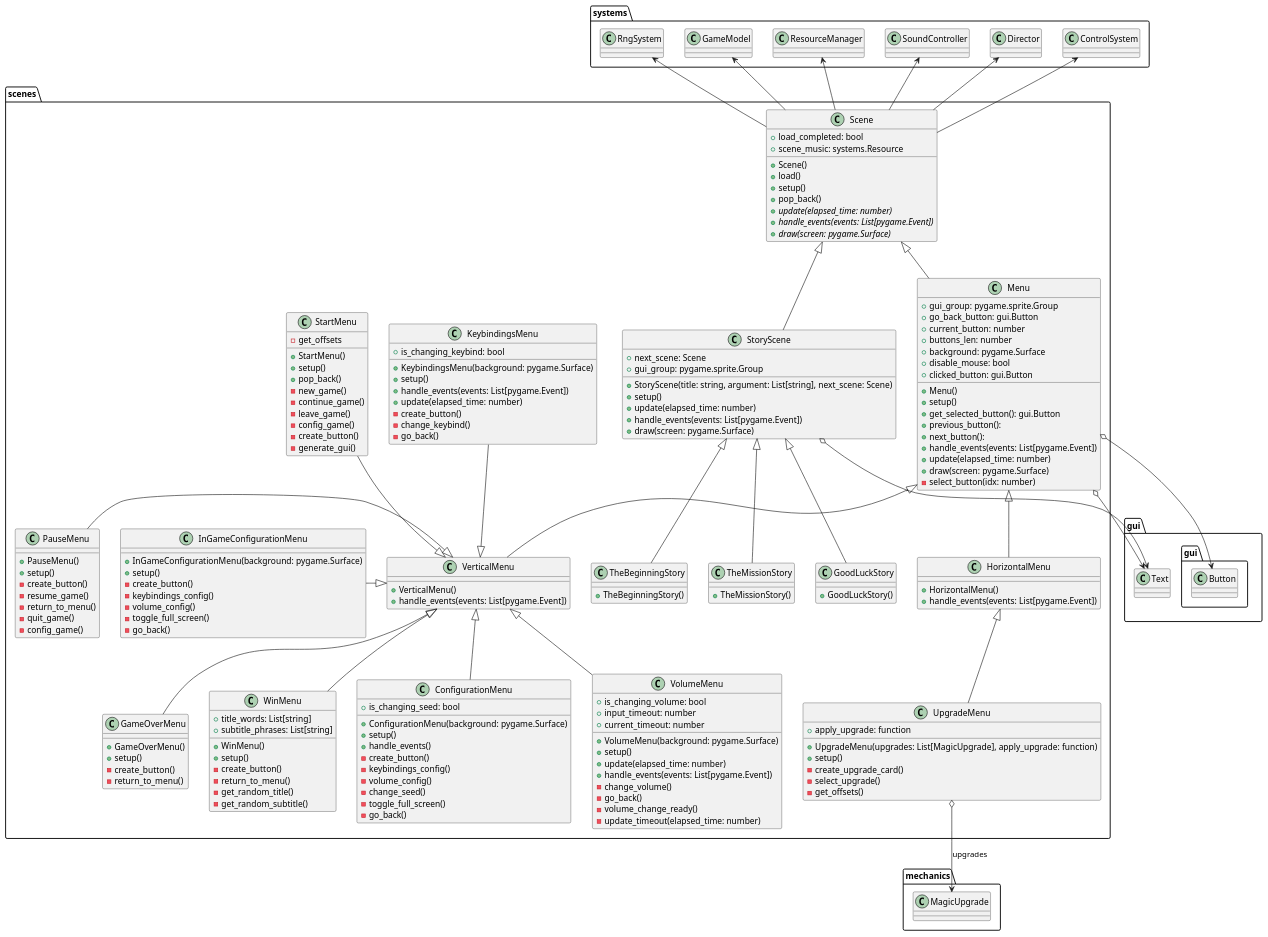
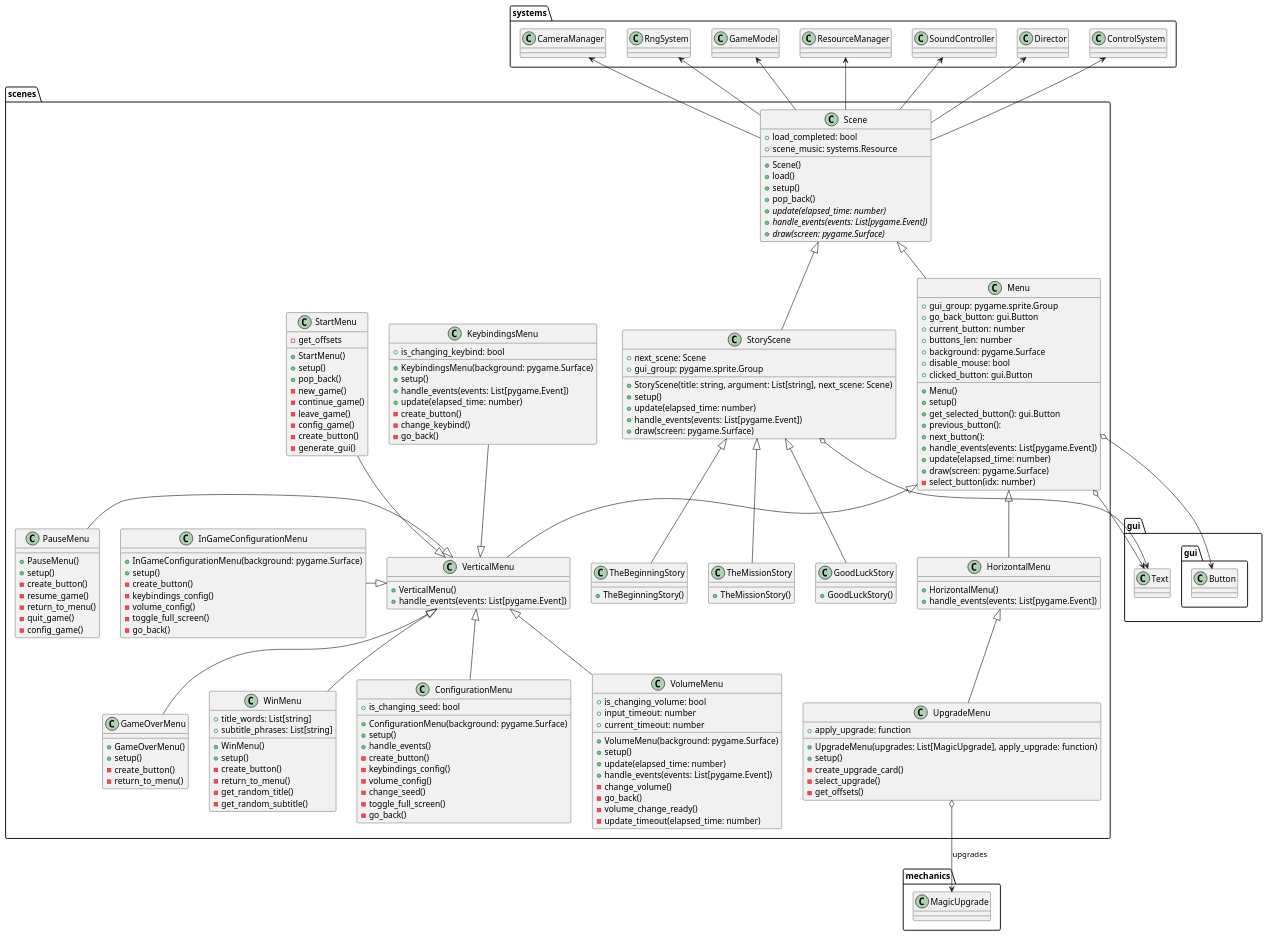
The diagram in docs/diagrams/menus.pu (daavidrgz/galactic-gambit), drawn with PlantUML before and after one commit. The commit also changed 2 other files, not shown here.

```diff
--- a/docs/diagrams/menus.pu
+++ b/docs/diagrams/menus.pu
@@ -1,194 +1,195 @@
 @startuml menus
 
 class scenes.Scene {
 	+ load_completed: bool
 	+ scene_music: systems.Resource
 
 	+ Scene()
 	+ load()
 	+ setup()
 	+ pop_back()
 	{abstract} + update(elapsed_time: number)
 	{abstract} + handle_events(events: List[pygame.Event])
 	{abstract} + draw(screen: pygame.Surface)
 }
 
 class scenes.Menu extends scenes.Scene {
 	+ gui_group: pygame.sprite.Group
 	+ go_back_button: gui.Button
 	+ current_button: number
 	+ buttons_len: number
 	+ background: pygame.Surface
 	+ disable_mouse: bool
 	+ clicked_button: gui.Button
 
 	+ Menu()
 	+ setup()
 	+ get_selected_button(): gui.Button
 	+ previous_button():
 	+ next_button():
 	+ handle_events(events: List[pygame.Event])
 	+ update(elapsed_time: number)
 	+ draw(screen: pygame.Surface)
 	- select_button(idx: number)
 }
 
 class scenes.VerticalMenu extends scenes.Menu {
 	+ VerticalMenu()
 	+ handle_events(events: List[pygame.Event])
 }
 
 class scenes.HorizontalMenu extends scenes.Menu {
 	+ HorizontalMenu()
 	+ handle_events(events: List[pygame.Event])
 }
 
 class scenes.StartMenu {
 	+ StartMenu()
 	+ setup()
 	+ pop_back()
 	- new_game()
 	- continue_game()
 	- leave_game()
 	- config_game()
 	- create_button()
 	- get_offsets
 	- generate_gui()
 }
 
 class scenes.ConfigurationMenu {
 	+ is_changing_seed: bool
 
 	+ ConfigurationMenu(background: pygame.Surface)
 	+ setup()
 	+ handle_events()
 	- create_button()
 	- keybindings_config()
 	- volume_config()
 	- change_seed()
 	- toggle_full_screen()
 	- go_back()
 }
 
 class scenes.VolumeMenu {
 	+ is_changing_volume: bool
 	+ input_timeout: number
 	+ current_timeout: number
 
 	+ VolumeMenu(background: pygame.Surface)
 	+ setup()
 	+ update(elapsed_time: number)
 	+ handle_events(events: List[pygame.Event])
 	- change_volume()
 	- go_back()
 	- volume_change_ready()
 	- update_timeout(elapsed_time: number)
 }
 
 class scenes.KeybindingsMenu {
 	+ is_changing_keybind: bool
 
 	+ KeybindingsMenu(background: pygame.Surface)
 	+ setup()
 	+ handle_events(events: List[pygame.Event])
 	+ update(elapsed_time: number)
 	- create_button()
 	- change_keybind()
 	- go_back()
 }
 
 class scenes.PauseMenu {
 	+ PauseMenu()
 	+ setup()
 	- create_button()
 	- resume_game()
 	- return_to_menu()
 	- quit_game()
 	- config_game()
 }
 
 class scenes.InGameConfigurationMenu {
 	+ InGameConfigurationMenu(background: pygame.Surface)
 	+ setup()
 	- create_button()
 	- keybindings_config()
 	- volume_config()
 	- toggle_full_screen()
 	- go_back()
 }
 
 class scenes.GameOverMenu {
 	+ GameOverMenu()
 	+ setup()
 	- create_button()
 	- return_to_menu()
 }
 
 class scenes.WinMenu {
 	+ title_words: List[string]
 	+ subtitle_phrases: List[string]
 	
 	+ WinMenu()
 	+ setup()
 	- create_button()
 	- return_to_menu()
 	- get_random_title()
 	- get_random_subtitle()
 }
 
 class scenes.UpgradeMenu extends scenes.HorizontalMenu {
 	+ apply_upgrade: function
 
 	+ UpgradeMenu(upgrades: List[MagicUpgrade], apply_upgrade: function)
 	+ setup()
 	- create_upgrade_card()
 	- select_upgrade()
 	- get_offsets()
 }
 
 class scenes.StoryScene extends scenes.Scene {
 	+ next_scene: Scene
 	+ gui_group: pygame.sprite.Group
 
 	+ StoryScene(title: string, argument: List[string], next_scene: Scene)
 	+ setup()
 	+ update(elapsed_time: number)
 	+ handle_events(events: List[pygame.Event])
 	+ draw(screen: pygame.Surface)
 }
 
 class scenes.TheBeginningStory extends scenes.StoryScene {
 	+ TheBeginningStory()
 }
 
 class scenes.TheMissionStory extends scenes.StoryScene {
 	+ TheMissionStory()
 }
 
 class scenes.GoodLuckStory extends scenes.StoryScene {
 	+ GoodLuckStory()
 }
 
 scenes.KeybindingsMenu -down-|> scenes.VerticalMenu
 scenes.StartMenu -down-|> scenes.VerticalMenu
 scenes.ConfigurationMenu -up-|> scenes.VerticalMenu
 scenes.VolumeMenu -up-|> scenes.VerticalMenu
 scenes.PauseMenu -right-|> scenes.VerticalMenu
 scenes.InGameConfigurationMenu -right-|> scenes.VerticalMenu
 scenes.GameOverMenu -up-|> scenes.VerticalMenu
 scenes.WinMenu -up-|> scenes.VerticalMenu
 
 scenes.Scene -up-> systems.ControlSystem
 scenes.Scene -up-> systems.Director
 scenes.Scene -up-> systems.SoundController
 scenes.Scene -up-> systems.ResourceManager
 scenes.Scene -up-> systems.GameModel
 scenes.Scene -up-> systems.RngSystem
+scenes.Scene -up-> systems.CameraManager
 
 scenes.Menu o--> gui.gui.Button
 scenes.StoryScene o--> gui.Text
 scenes.Menu o--> gui.Text
 
 scenes.UpgradeMenu o--> mechanics.MagicUpgrade : upgrades
 
 @enduml
```
